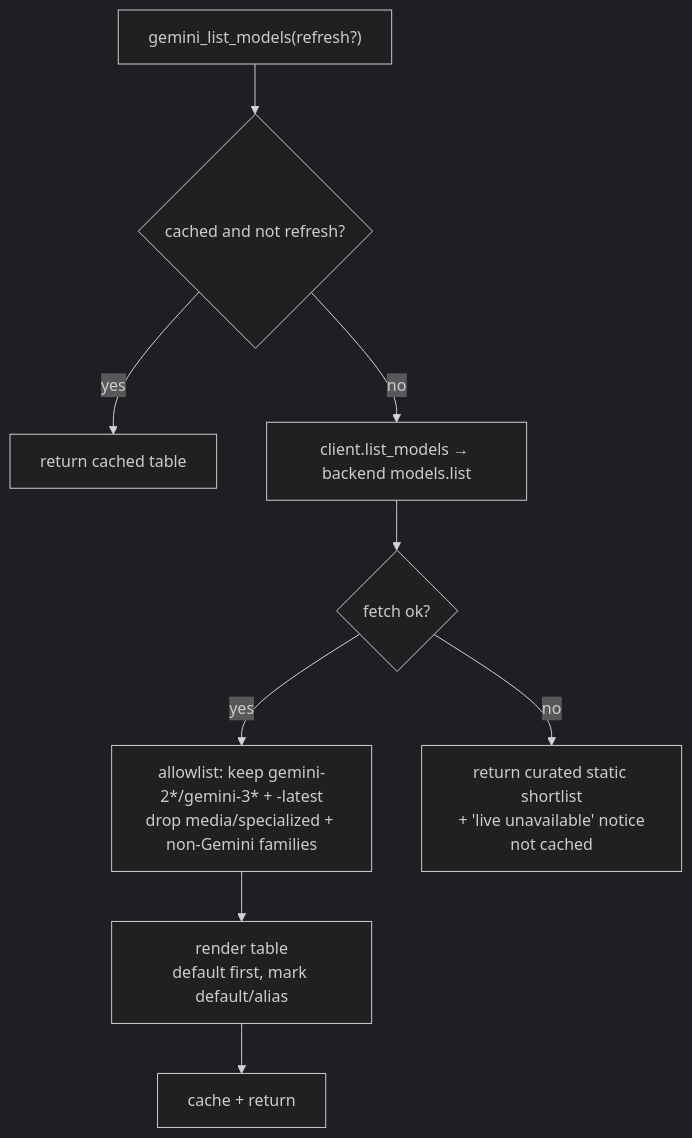
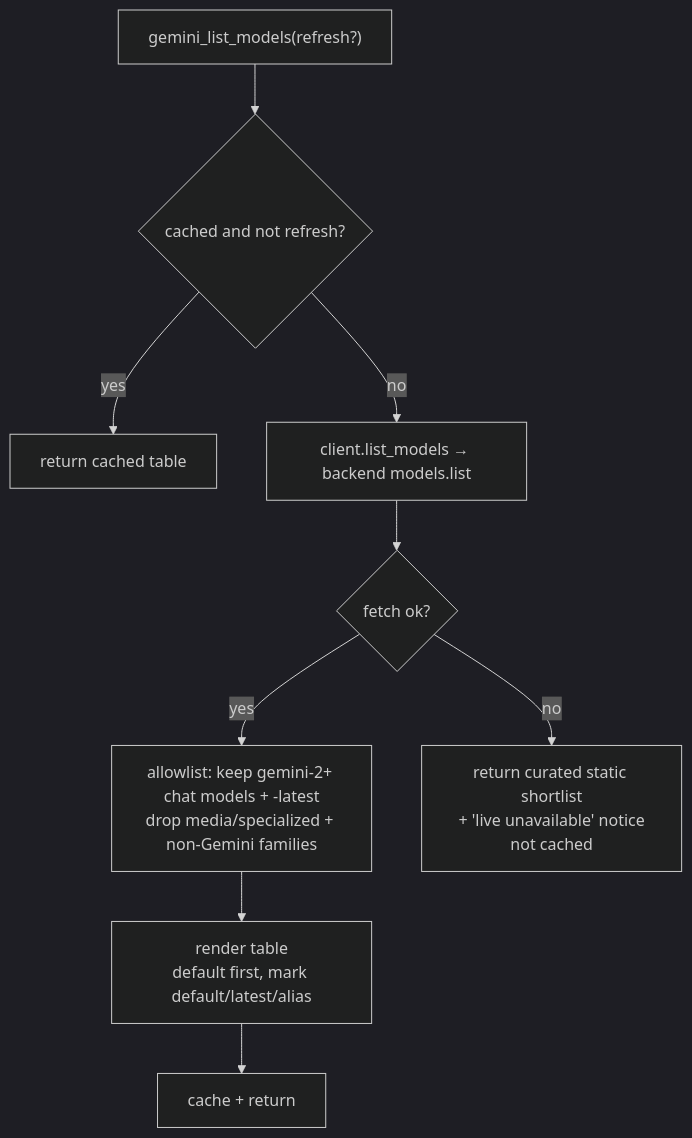
The diagram in docs/tools.md (FlintAndFilament/gemini-bridge), drawn with Mermaid (dark theme) before and after one commit. The commit also changed other lines of this file and 9 other files, not shown here.

````diff
--- a/docs/tools.md
+++ b/docs/tools.md
@@ -448,11 +486,11 @@
 ```mermaid
 flowchart TD
     A["gemini_list_models(refresh?)"] --> B{cached and not refresh?}
     B -->|yes| C[return cached table]
     B -->|no| D["client.list_models → backend models.list"]
     D --> E{fetch ok?}
-    E -->|yes| F["allowlist: keep gemini-2*/gemini-3* + -latest<br/>drop media/specialized + non-Gemini families"]
-    F --> G[render table<br/>default first, mark default/alias]
+    E -->|yes| F["allowlist: keep gemini-2+ chat models + -latest<br/>drop media/specialized + non-Gemini families"]
+    F --> G[render table<br/>default first, mark default/latest/alias]
     G --> H[cache + return]
     E -->|no| I[return curated static shortlist<br/>+ 'live unavailable' notice<br/>not cached]
 ```
````
